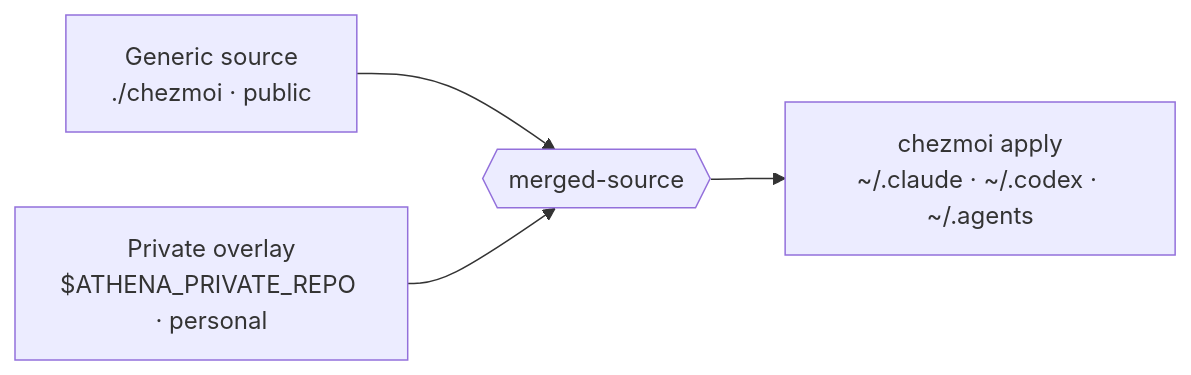
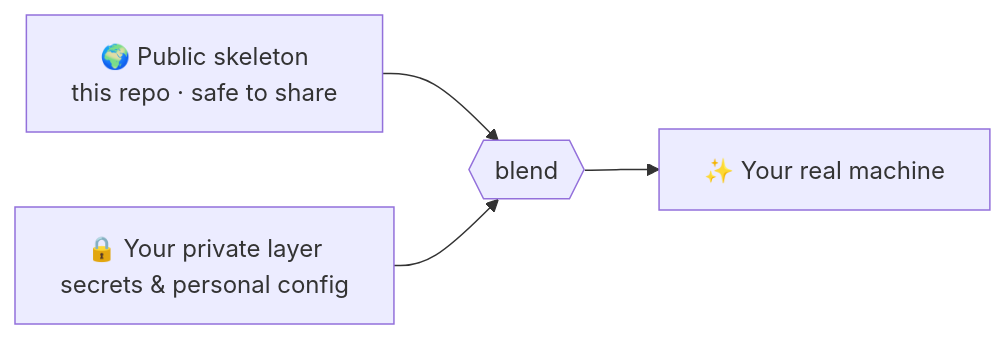
Before and after one commit to zarubinphil/athena: the fourth of 5 diagrams in README.md, drawn with Mermaid. The commit also changed other lines of this file and 7 other files, not shown here.

````diff
--- a/README.md
+++ b/README.md
@@ -122,6 +146,6 @@
 ```mermaid
 flowchart LR
-  G["Generic source<br/>./chezmoi · public"] --> M{{"merged-source"}}
-  P["Private overlay<br/>$ATHENA_PRIVATE_REPO · personal"] --> M
-  M --> A["chezmoi apply<br/>~/.claude · ~/.codex · ~/.agents"]
+  G["🌍 Public skeleton<br/>this repo · safe to share"] --> M{{"blend"}}
+  P["🔒 Your private layer<br/>secrets & personal config"] --> M
+  M --> A["✨ Your real machine"]
 ```
````
